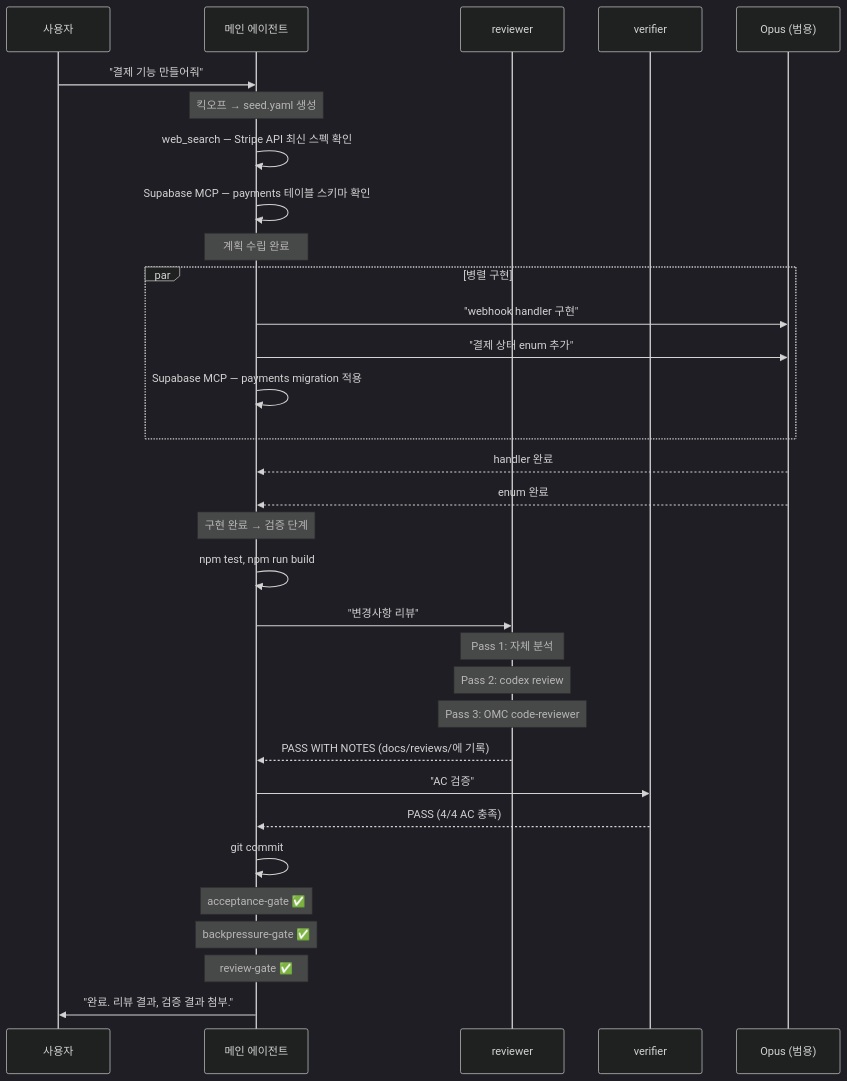
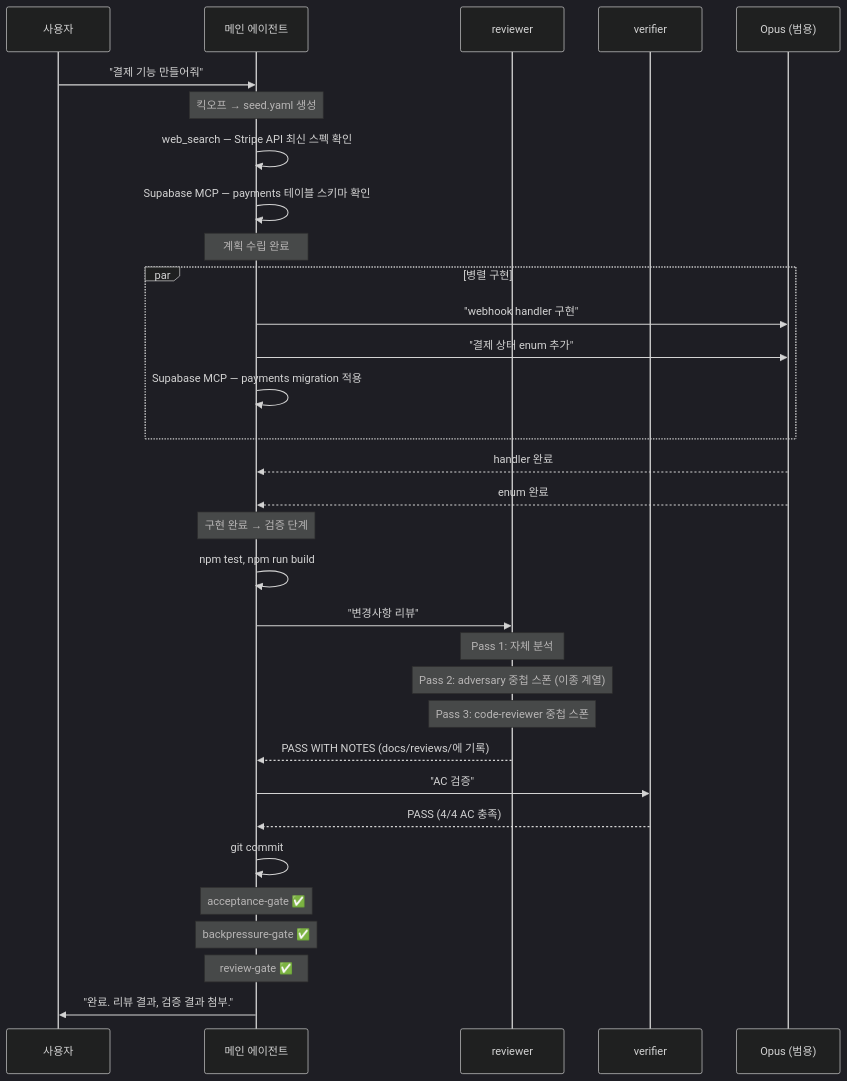
The third of 3 diagrams in docs/architecture/workflow-lifecycle.md (rae-hugo-kim/omp), drawn with Mermaid (dark theme) before and after one commit. The commit also changed other lines of this file and 12 other files, not shown here.

````diff
--- a/docs/architecture/workflow-lifecycle.md
+++ b/docs/architecture/workflow-lifecycle.md
@@ -249,44 +248,44 @@
 ```mermaid
 sequenceDiagram
     participant U as 사용자
     participant M as 메인 에이전트
     participant RV as reviewer
     participant VF as verifier
     participant OE as Opus (범용)
 
     U->>M: "결제 기능 만들어줘"
     Note over M: 킥오프 → seed.yaml 생성
 
     M->>M: web_search — Stripe API 최신 스펙 확인
     M->>M: Supabase MCP — payments 테이블 스키마 확인
 
     Note over M: 계획 수립 완료
 
     par 병렬 구현
         M->>OE: "webhook handler 구현"
         M->>OE: "결제 상태 enum 추가"
         M->>M: Supabase MCP — payments migration 적용
     end
     OE-->>M: handler 완료
     OE-->>M: enum 완료
 
     Note over M: 구현 완료 → 검증 단계
 
     M->>M: npm test, npm run build
 
     M->>RV: "변경사항 리뷰"
     Note over RV: Pass 1: 자체 분석
-    Note over RV: Pass 2: codex review
-    Note over RV: Pass 3: OMC code-reviewer
+    Note over RV: Pass 2: adversary 중첩 스폰 (이종 계열)
+    Note over RV: Pass 3: code-reviewer 중첩 스폰
     RV-->>M: PASS WITH NOTES (docs/reviews/에 기록)
 
     M->>VF: "AC 검증"
     VF-->>M: PASS (4/4 AC 충족)
 
     M->>M: git commit
     Note over M: acceptance-gate ✅
     Note over M: backpressure-gate ✅
     Note over M: review-gate ✅
 
     M->>U: "완료. 리뷰 결과, 검증 결과 첨부."
 ```
````
